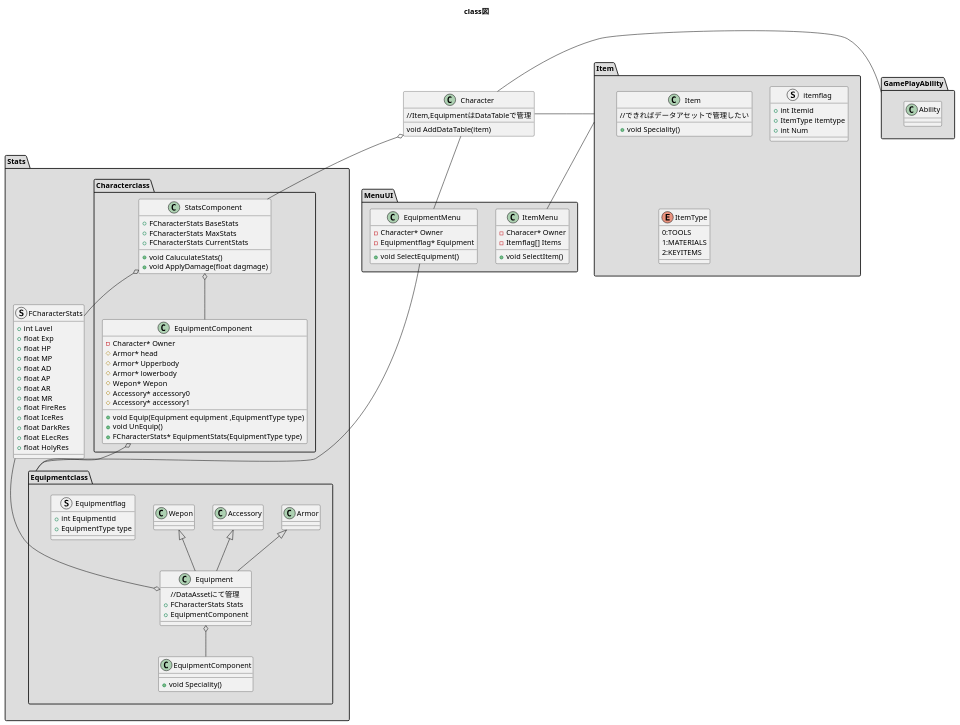
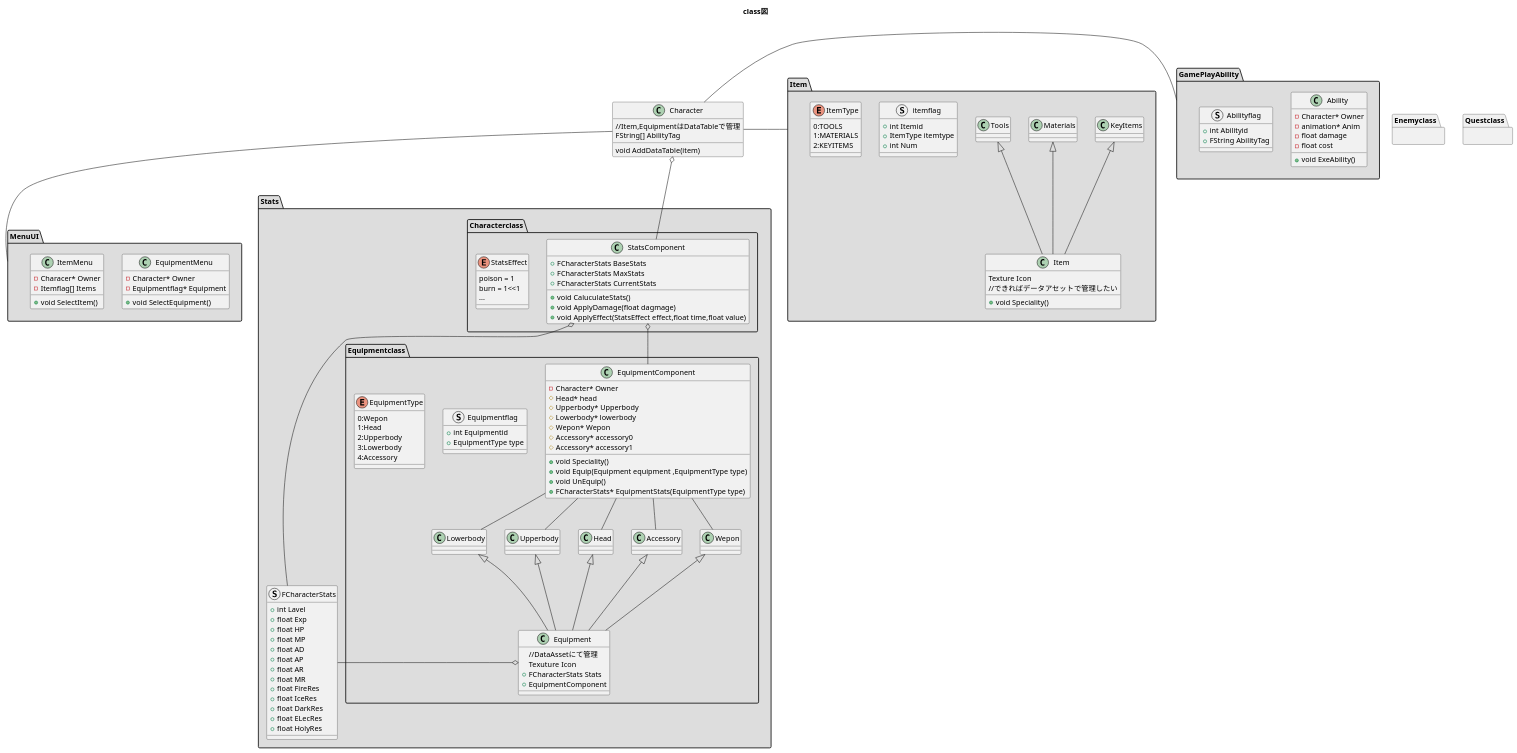
Before and after one commit to shutouyusei/UML: the diagram in MsgicLibrary/MagicLibraryClass.pu, drawn with PlantUML.

Commit message:
MagicLibraryClass

```diff
--- a/MsgicLibrary/MagicLibraryClass.pu
+++ b/MsgicLibrary/MagicLibraryClass.pu
@@ -1,138 +1,178 @@
 @startuml
 title class図
+class Character
+{
+    void AddDataTable(item)
+    //Item,EquipmentはDataTableで管理
+    FString[] AbilityTag
+}
+
 package MenuUI #DDDDDD
 {
     class EquipmentMenu
     {
         -Character* Owner
         -Equipmentflag* Equipment
         +void SelectEquipment()
     }  
     class ItemMenu
     {
         -Characer* Owner
         -Itemflag[] Items
         +void SelectItem()
     }
 }
-class Character
-{
-    void AddDataTable(item)
-    //Item,EquipmentはDataTableで管理
-}
-EquipmentMenu - Stats.Equipmentclass
-EquipmentMenu -up- Character
+
 package Stats #DDDDDD
 {
     struct FCharacterStats
     {
-    +int Lavel
-    +float Exp
+        +int Lavel
+        +float Exp
         +float HP
         +float MP
         +float AD
         +float AP
         +float AR
         +float MR
         +float FireRes
         +float IceRes
         +float DarkRes
         +float ELecRes
         +float HolyRes
     }
 
 
     package "Equipmentclass" #DDDDDD {
         class Equipment
         {
             //DataAssetにて管理
+            Texuture Icon
             +FCharacterStats Stats
             +EquipmentComponent
         }
         class Wepon
-        {
-        }
         class Accessory
-        {
-        }
-        class Armor
-        {          
-        }
+        class Head
+        class Upperbody
+        class Lowerbody
         struct Equipmentflag
         {
             +int Equipmentid
             +EquipmentType type
         }
         class EquipmentComponent
         {
             +void Speciality()
         }
-        EquipmentComponent -up-o Equipment
+        enum EquipmentType{
+            0:Wepon
+            1:Head
+            2:Upperbody
+            3:Lowerbody
+            4:Accessory
+        }
+        class EquipmentComponent
+        {
+            -Character* Owner
+            #Head* head
+            #Upperbody* Upperbody
+            #Lowerbody* lowerbody
+            #Wepon* Wepon
+            #Accessory* accessory0
+            #Accessory* accessory1
+            +void Equip(Equipment equipment ,EquipmentType type)
+            +void UnEquip()
+            +FCharacterStats* EquipmentStats(EquipmentType type)
+        }
         Equipment -up-|> Wepon 
         Equipment -up-|> Accessory
-        Equipment -up-|> Armor
-    }
-
+        Equipment -up-|> Head
+        Equipment -up-|> Upperbody
+        Equipment -up-|> Lowerbody
+        Wepon -up- EquipmentComponent
+        Accessory -up- EquipmentComponent
+        Head -up- EquipmentComponent
+        Upperbody -up- EquipmentComponent
+        Lowerbody -up- EquipmentComponent
+        }
     package "Characterclass" #DDDDDD {
         class StatsComponent
         {
             +FCharacterStats BaseStats
             +FCharacterStats MaxStats
             +FCharacterStats CurrentStats
             +void CaluculateStats()
             +void ApplyDamage(float dagmage)
+            +void ApplyEffect(StatsEffect effect,float time,float value)
         }
-        class EquipmentComponent
+        enum StatsEffect
         {
-            -Character* Owner
-            #Armor* head
-            #Armor* Upperbody
-            #Armor* lowerbody
-            #Wepon* Wepon
-            #Accessory* accessory0
-            #Accessory* accessory1
-            +void Equip(Equipment equipment ,EquipmentType type)
-            +void UnEquip()
-            +FCharacterStats* EquipmentStats(EquipmentType type)
+            poison = 1
+            burn = 1<<1
+            ...
         }
-
         EquipmentComponent -up-o StatsComponent
         StatsComponent -up-o Character
         FCharacterStats -up-o StatsComponent
-        Equipmentclass -up-o EquipmentComponent 
         FCharacterStats -o Equipment
     } 
 }
 package GamePlayAbility #DDDDDD
 {
     class Ability
     {
-
+        -Character* Owner
+        -animation* Anim
+        -float damage
+        -float cost
+        +void ExeAbility()
+    }
+    struct Abilityflag
+    {
+        +int Abilityid
+        +FString AbilityTag
     }
 }
-
-GamePlayAbility -left- Character
 
 package Item #DDDDDD
 {
     class Item
     {
+        Texture Icon
         //できればデータアセットで管理したい
         +void Speciality()
     }
+    class Tools
+    class Materials
+    class KeyItems
+
     struct itemflag
     {
         +int Itemid
         +ItemType itemtype
         +int Num
     }
     enum ItemType{
         0:TOOLS
         1:MATERIALS
         2:KEYITEMS
     }
+    Item -up-|> Tools
+    Item -up-|> Materials
+    Item -up-|> KeyItems
 }
+package Enemyclass
+{
+
+}
+package Questclass
+{
+    
+}
+MenuUI -up- Character
 Item -right- Character
-Item -down- MenuUI.ItemMenu
+GamePlayAbility -left- Character
+
 
 @enduml
```
